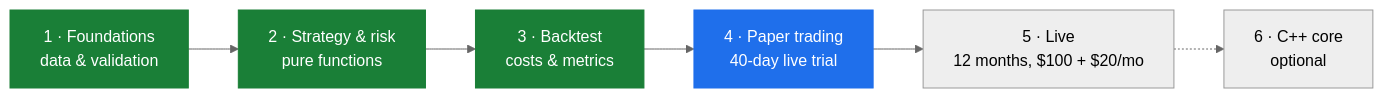
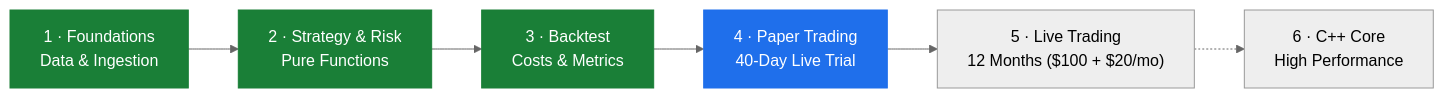
The second of 2 diagrams in README.md (JAbarca74/stride), drawn with Mermaid (neutral theme) before and after one commit. The commit also changed other lines of this file, not shown here.

````diff
--- a/README.md
+++ b/README.md
@@ -329,10 +383,10 @@
 ```mermaid
 flowchart LR
-    P1["1 · Foundations<br/>data &amp; validation"]:::done --> P2["2 · Strategy &amp; risk<br/>pure functions"]:::done
-    P2 --> P3["3 · Backtest<br/>costs &amp; metrics"]:::done
-    P3 --> P4["4 · Paper trading<br/>40-day live trial"]:::now
-    P4 --> P5["5 · Live<br/>12 months, $100 + $20/mo"]
-    P5 -.-> P6["6 · C++ core<br/>optional"]
+    P1["1 · Foundations<br/>Data &amp; Ingestion"]:::done --> P2["2 · Strategy &amp; Risk<br/>Pure Functions"]:::done
+    P2 --> P3["3 · Backtest<br/>Costs &amp; Metrics"]:::done
+    P3 --> P4["4 · Paper Trading<br/>40-Day Live Trial"]:::now
+    P4 --> P5["5 · Live Trading<br/>12 Months ($100 + $20/mo)"]
+    P5 -.-> P6["6 · C++ Core<br/>High Performance"]
     classDef done fill:#1a7f37,stroke:#1a7f37,color:#ffffff
     classDef now fill:#1f6feb,stroke:#1f6feb,color:#ffffff
 ```
````
